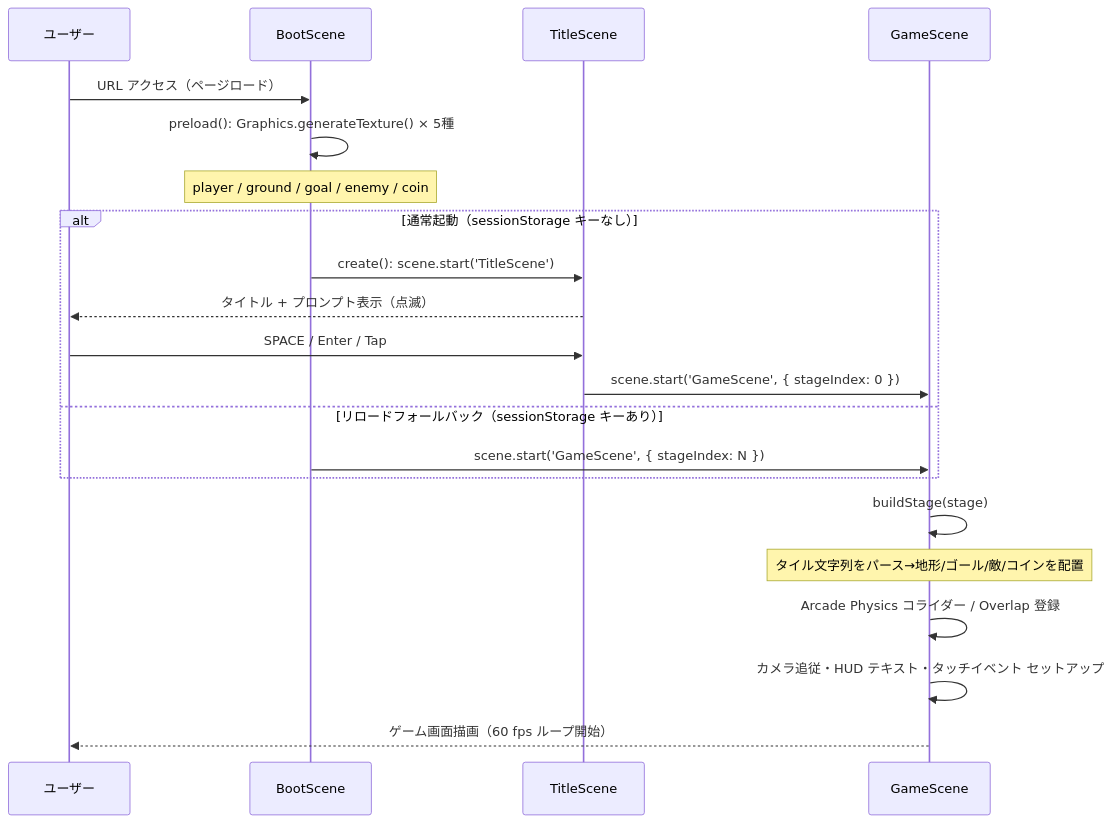
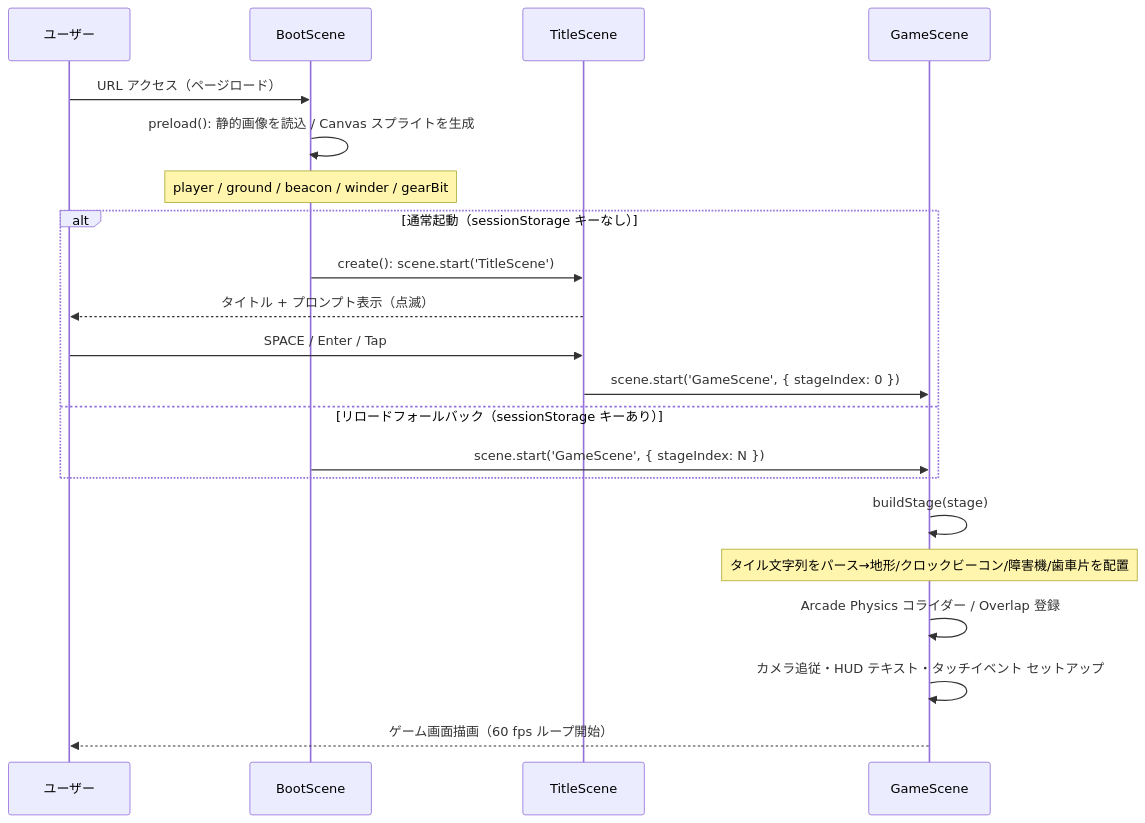
Before and after one commit to n-yata/chiku-clock-run: the second of 5 diagrams in docs/functional-design.md, drawn with Mermaid. The commit also changed other lines of this file and 35 other files, not shown here.

````diff
--- a/docs/functional-design.md
+++ b/docs/functional-design.md
@@ -44,24 +44,24 @@
 ```mermaid
 sequenceDiagram
     participant U as ユーザー
     participant BS as BootScene
     participant TS as TitleScene
     participant GS as GameScene
 
     U->>BS: URL アクセス（ページロード）
-    BS->>BS: preload(): Graphics.generateTexture() × 5種
-    Note over BS: player / ground / goal / enemy / coin
+    BS->>BS: preload(): 静的画像を読込 / Canvas スプライトを生成
+    Note over BS: player / ground / beacon / winder / gearBit
     alt 通常起動（sessionStorage キーなし）
         BS->>TS: create(): scene.start('TitleScene')
         TS-->>U: タイトル + プロンプト表示（点滅）
         U->>TS: SPACE / Enter / Tap
         TS->>GS: scene.start('GameScene', { stageIndex: 0 })
     else リロードフォールバック（sessionStorage キーあり）
         BS->>GS: scene.start('GameScene', { stageIndex: N })
     end
     GS->>GS: buildStage(stage)
-    Note over GS: タイル文字列をパース→地形/ゴール/敵/コインを配置
+    Note over GS: タイル文字列をパース→地形/クロックビーコン/障害機/歯車片を配置
     GS->>GS: Arcade Physics コライダー / Overlap 登録
     GS->>GS: カメラ追従・HUD テキスト・タッチイベント セットアップ
     GS-->>U: ゲーム画面描画（60 fps ループ開始）
 ```
````
